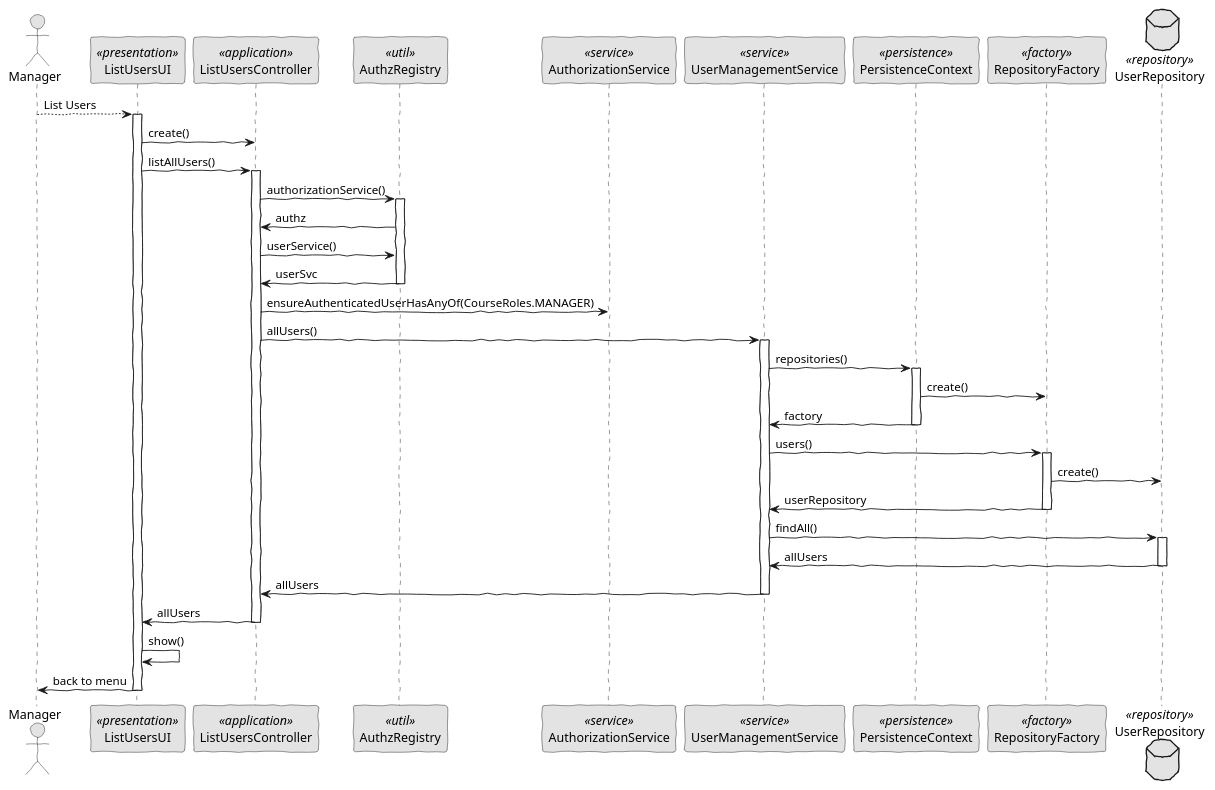
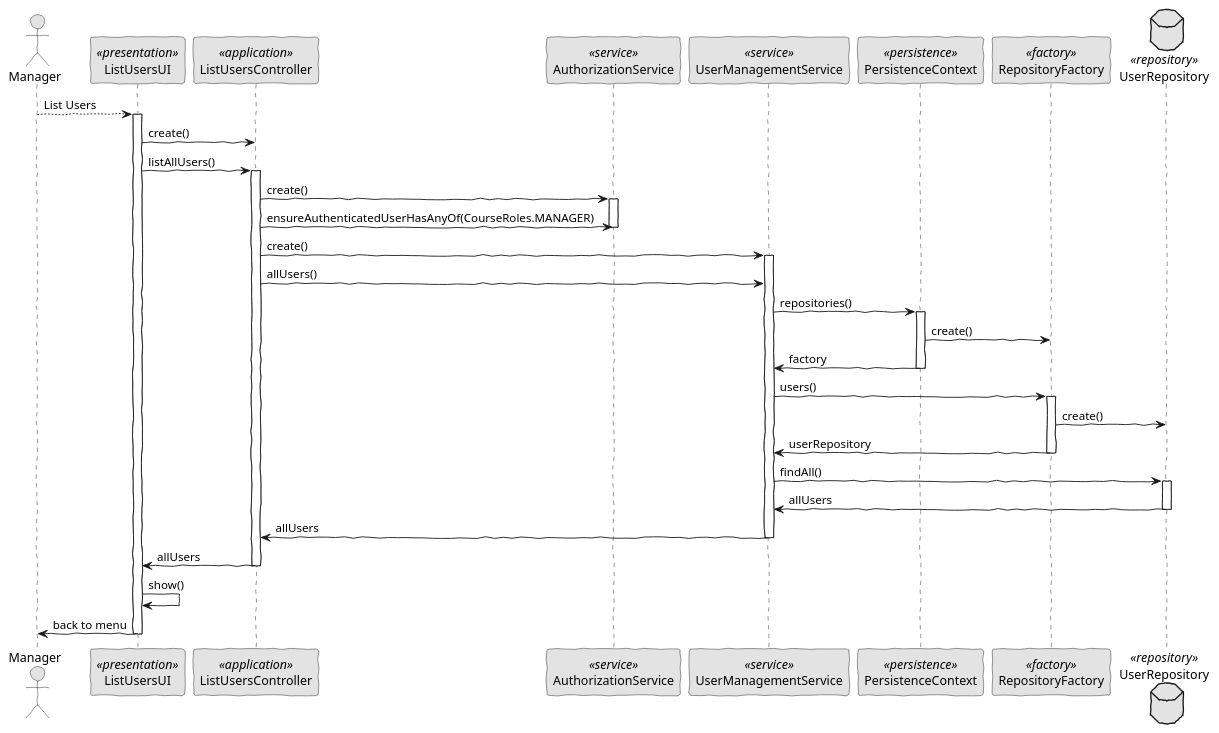
Before and after one commit to brunacosta03/sem4pi_22_23: the diagram in docs/SPRINT B/US_1001/SD/ListUsers-SD.puml, drawn with PlantUML. The commit also changed 31 other files, not shown here.

```diff
--- a/docs/SPRINT B/US_1001/SD/ListUsers-SD.puml
+++ b/docs/SPRINT B/US_1001/SD/ListUsers-SD.puml
@@ -1,66 +1,62 @@
 @startuml
 'http://plantuml.com/skinparam.html
 skinparam handwritten true
 skinparam monochrome true
 skinparam packageStyle rect
 skinparam defaultFontName FG Virgil
 skinparam shadowing false
 
 actor Manager as Actor
 participant ListUsersUI as UI <<presentation>>
 participant ListUsersController as Controller <<application>>
-participant AuthzRegistry as Registry <<util>>
 participant AuthorizationService as AuthzService <<service>>
 participant UserManagementService as Service <<service>>
 participant PersistenceContext as Persistence <<persistence>>
 participant RepositoryFactory as Factory <<factory>>
 database UserRepository as Repository <<repository>>
 
 
 Actor --> UI: List Users
 activate UI
     UI -> Controller: create()
 
     UI -> Controller: listAllUsers()
     activate Controller
 
-    Controller -> Registry: authorizationService()
-    activate Registry
-    Registry -> Controller: authz
-    Controller -> Registry: userService()
-    Registry -> Controller: userSvc
-    deactivate Registry
+    Controller -> AuthzService: create()
+    activate AuthzService
+    Controller -> AuthzService: ensureAuthenticatedUserHasAnyOf(CourseRoles.MANAGER)
+    deactivate AuthzService
 
-    Controller -> AuthzService: ensureAuthenticatedUserHasAnyOf(CourseRoles.MANAGER)
+    Controller -> Service: create()
+    activate Service
+    Controller -> Service: allUsers()
 
-
-    Controller -> Service: allUsers()
-    activate Service
 
         Service -> Persistence: repositories()
         activate Persistence
         Persistence -> Factory: create()
         Persistence -> Service: factory
         deactivate Persistence
 
         Service -> Factory: users()
         activate Factory
         Factory -> Repository: create()
         Factory -> Service: userRepository
         deactivate Factory
 
         Service -> Repository: findAll()
         activate Repository
         Repository -> Service: allUsers
         deactivate Repository
 
         Service -> Controller: allUsers
         deactivate Service
         Controller -> UI: allUsers
         deactivate Controller
-        
+
         UI -> UI: show()
         UI -> Actor: back to menu
 
 deactivate UI
 @enduml
```
